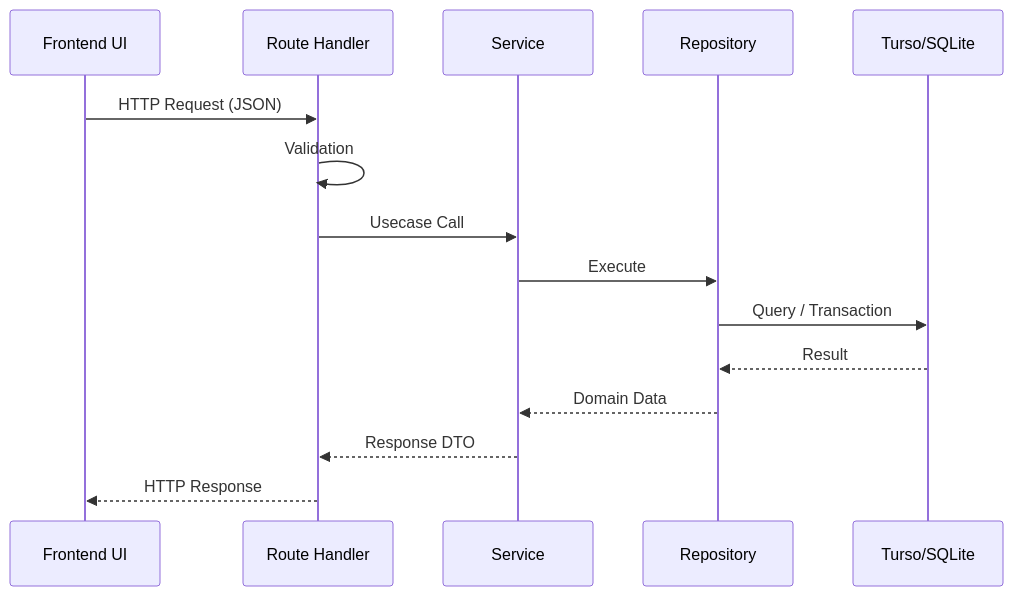
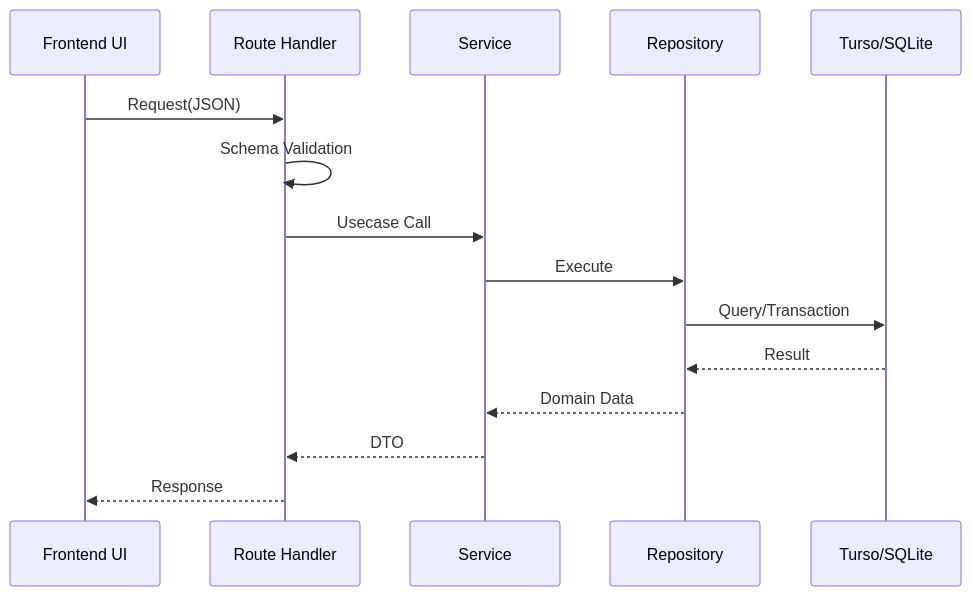
One commit to yjn279/brewia changed the diagram in docs/API仕様書.md. Above: the diagram before and after it, drawn with Mermaid. The commit also changed other lines of this file and 3 other files, not shown here.

````diff
--- a/docs/API仕様書.md
+++ b/docs/API仕様書.md
@@ -24,18 +20,18 @@
 ```mermaid
 sequenceDiagram
     participant UI as Frontend UI
     participant API as Route Handler
     participant SVC as Service
     participant REP as Repository
     participant DB as Turso/SQLite
 
-    UI->>API: HTTP Request (JSON)
-    API->>API: Validation
+    UI->>API: Request(JSON)
+    API->>API: Schema Validation
     API->>SVC: Usecase Call
     SVC->>REP: Execute
-    REP->>DB: Query / Transaction
+    REP->>DB: Query/Transaction
     DB-->>REP: Result
     REP-->>SVC: Domain Data
-    SVC-->>API: Response DTO
-    API-->>UI: HTTP Response
+    SVC-->>API: DTO
+    API-->>UI: Response
 ```
````
